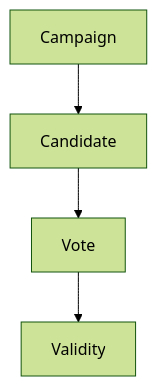
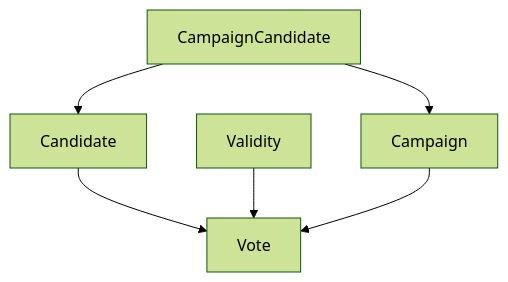
One commit to gvweston2000/tv-sms-voting-campaigns-tracker changed the diagram in TECH_SPEC.md. Above: the diagram before and after it, drawn with Mermaid (forest theme). The commit also changed other lines of this file, not shown here.

````diff
--- a/TECH_SPEC.md
+++ b/TECH_SPEC.md
@@ -33,6 +55,8 @@
 ```mermaid
 graph TD;
-    Campaign-->Candidate;
+    CampaignCandidate-->Campaign;
+    CampaignCandidate-->Candidate;
     Candidate-->Vote;
-    Vote-->Validity;
+    Validity-->Vote;
+    Campaign-->Vote;
 ```
````
